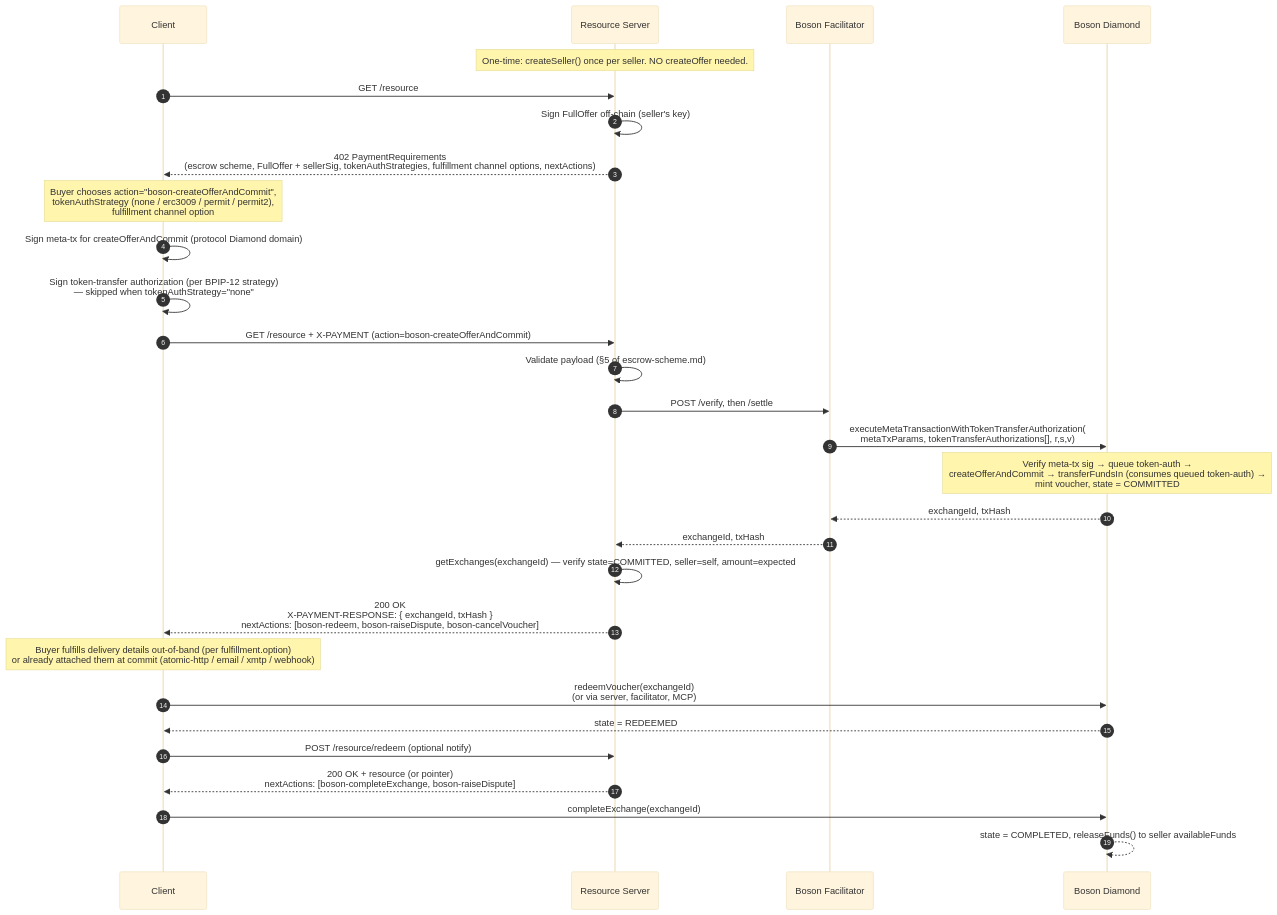
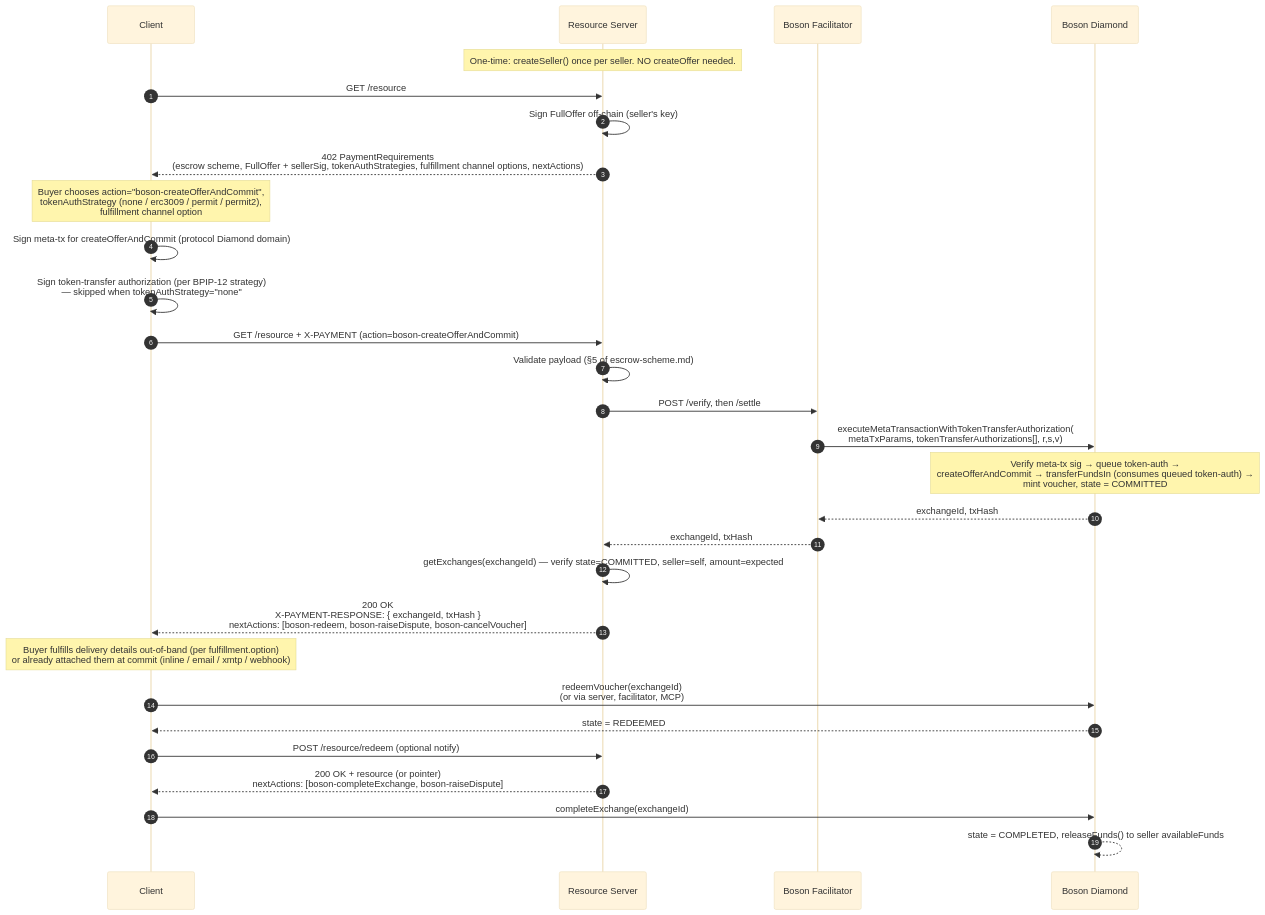
Before and after one commit to bosonprotocol/x402B: the first of 4 diagrams in docs/boson-impl-02-flows.md, drawn with Mermaid (base theme). The commit also changed other lines of this file and 6 other files, not shown here.

Commit message:
docs(fulfillment): align inline fulfillment naming

````diff
--- a/docs/boson-impl-02-flows.md
+++ b/docs/boson-impl-02-flows.md
@@ -9,42 +9,42 @@
 ```mermaid
 sequenceDiagram
     autonumber
     participant C as Client
     participant S as Resource Server
     participant F as Boson Facilitator
     participant D as Boson Diamond
 
     Note over S: One-time: createSeller() once per seller. NO createOffer needed.
 
     C->>S: GET /resource
     S->>S: Sign FullOffer off-chain (seller's key)
     S-->>C: 402 PaymentRequirements<br/>(escrow scheme, FullOffer + sellerSig, tokenAuthStrategies, fulfillment channel options, nextActions)
 
     Note over C: Buyer chooses action="boson-createOfferAndCommit",<br/>tokenAuthStrategy (none / erc3009 / permit / permit2),<br/>fulfillment channel option
 
     C->>C: Sign meta-tx for createOfferAndCommit (protocol Diamond domain)
     C->>C: Sign token-transfer authorization (per BPIP-12 strategy)<br/>— skipped when tokenAuthStrategy="none"
 
     C->>S: GET /resource + X-PAYMENT (action=boson-createOfferAndCommit)
     S->>S: Validate payload (§5 of escrow-scheme.md)
     S->>F: POST /verify, then /settle
 
     F->>D: executeMetaTransactionWithTokenTransferAuthorization(<br/>metaTxParams, tokenTransferAuthorizations[], r,s,v)
     Note over D: Verify meta-tx sig → queue token-auth →<br/>createOfferAndCommit → transferFundsIn (consumes queued token-auth) →<br/>mint voucher, state = COMMITTED
     D-->>F: exchangeId, txHash
     F-->>S: exchangeId, txHash
 
     S->>S: getExchanges(exchangeId) — verify state=COMMITTED, seller=self, amount=expected
     S-->>C: 200 OK<br/>X-PAYMENT-RESPONSE: { exchangeId, txHash }<br/>nextActions: [boson-redeem, boson-raiseDispute, boson-cancelVoucher]
 
-    Note over C: Buyer fulfills delivery details out-of-band (per fulfillment.option)<br/>or already attached them at commit (atomic-http / email / xmtp / webhook)
+    Note over C: Buyer fulfills delivery details out-of-band (per fulfillment.option)<br/>or already attached them at commit (inline / email / xmtp / webhook)
 
     C->>D: redeemVoucher(exchangeId)<br/>(or via server, facilitator, MCP)
     D-->>C: state = REDEEMED
 
     C->>S: POST /resource/redeem (optional notify)
     S-->>C: 200 OK + resource (or pointer)<br/>nextActions: [boson-completeExchange, boson-raiseDispute]
 
     C->>D: completeExchange(exchangeId)
     D-->>D: state = COMPLETED, releaseFunds() to seller availableFunds
 ```
````
